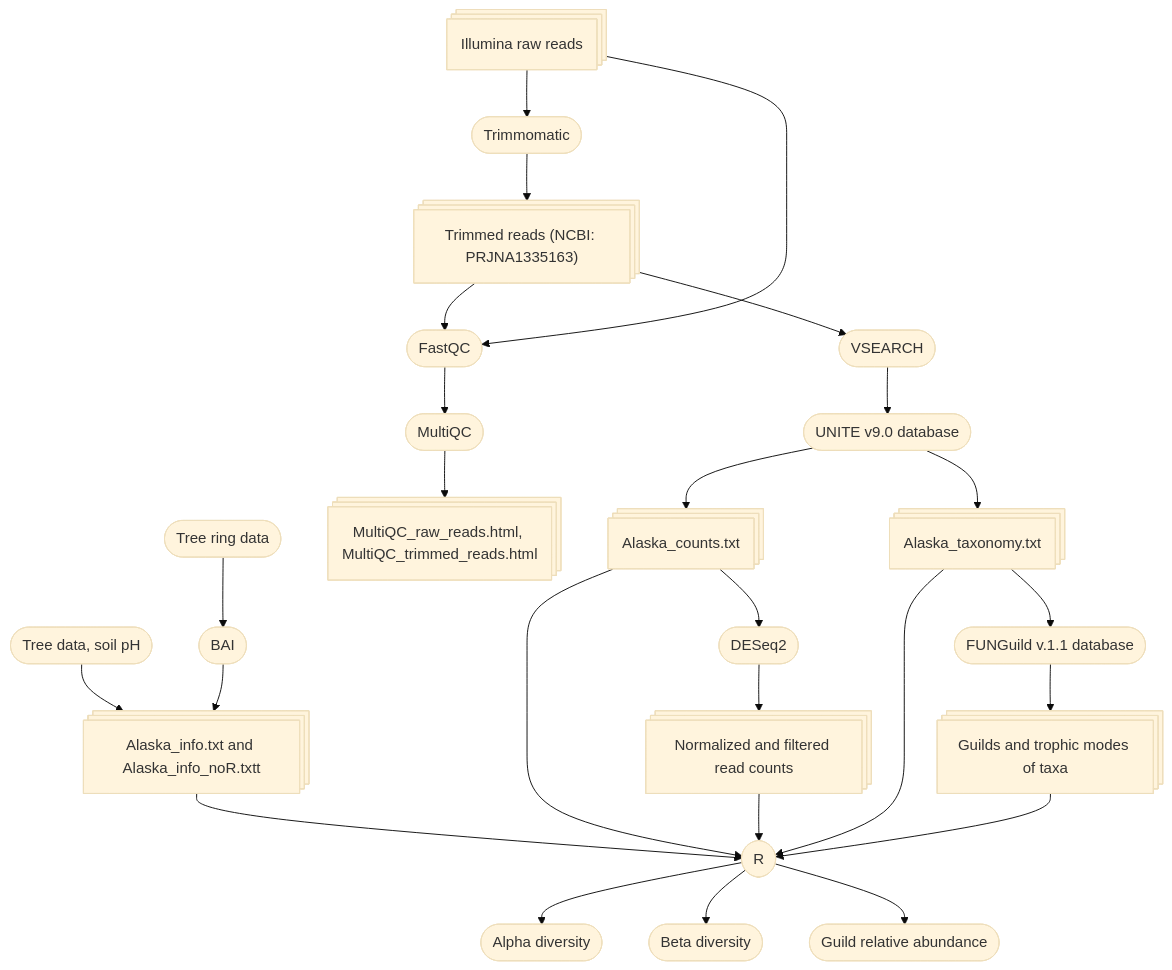
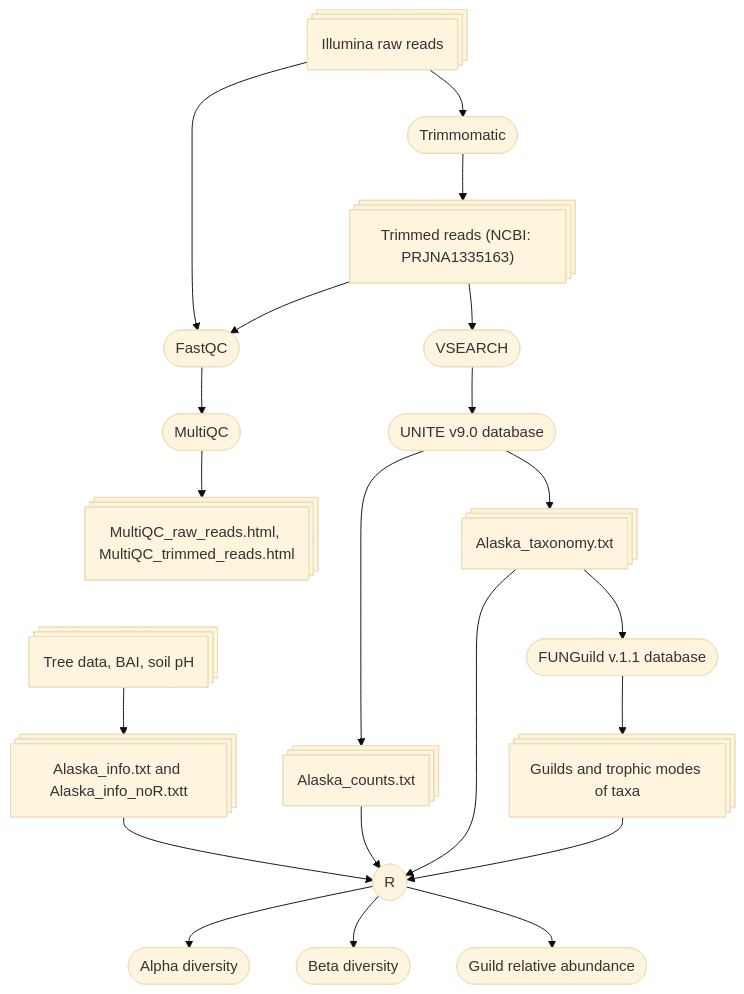
Before and after one commit to kuprinak/Picea_glauca_ITS2: the diagram in README.md, drawn with Mermaid (base theme).

````diff
--- a/README.md
+++ b/README.md
@@ -10,27 +10,24 @@
 ```mermaid
 flowchart TB
 
-Tree_data2([Tree data, soil pH]) --> Sam_inf@{shape: procs, label: "Alaska_info.txt and Alaska_info_noR.txtt"};
-Tree_data([Tree ring data]) --> BAI([BAI]) --> Sam_inf
+Tree_data@{shape: procs, label: "Tree data, BAI, soil pH"}--> Sam_inf@{shape: procs, label: "Alaska_info.txt and Alaska_info_noR.txtt"};
 
 Sam_inf --> R([R])
 
  A@{shape: procs, label: "Illumina raw reads"} --> B([Trimmomatic]);
     A --> Fa;
     Fa --> Mu([MultiQC]);
     B --> C@{shape: procs, label: "Trimmed reads (NCBI: PRJNA1335163)"};
     C --> Fa([FastQC]);
     Mu --> Mur@{shape: procs, label: "MultiQC_raw_reads.html, MultiQC_trimmed_reads.html"}; 
     C --> V([VSEARCH]);
     V --> T([UNITE v9.0 database]);
     T --> CV@{shape: procs, label: "Alaska_counts.txt"} --> R([R])
     T --> Ta@{shape: procs, label: "Alaska_taxonomy.txt"} --> R([R])
     Ta --> F([FUNGuild v.1.1 database]);
     F --> Gu@{shape: procs, label: "Guilds and trophic modes of taxa"} --> R([R])
-    CV --> D([DESeq2]);
-    D --> N@{shape: procs, label: "Normalized and filtered read counts"} --> R([R])
     R([R]) --> alpha([Alpha diversity])
     R([R]) --> beta([Beta diversity])
     R([R]) --> Guild([Guild relative abundance])
 
 ```
````
